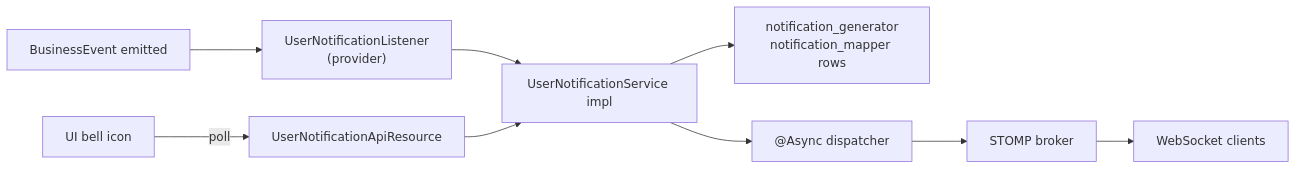
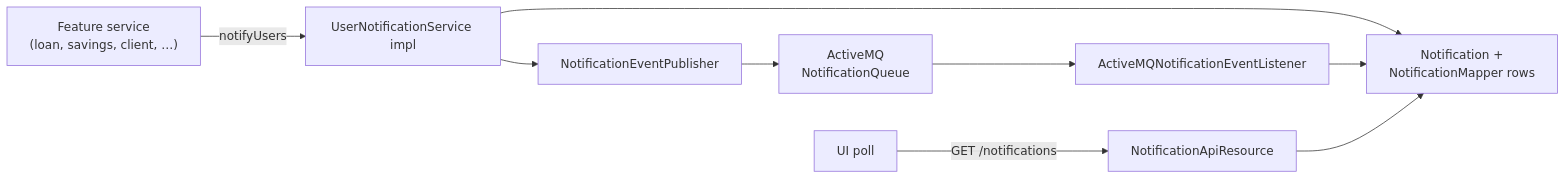
Before and after one commit to mintlify-atlas/docs-wiki-e7c34b87: the first of 2 diagrams in core/notification-data.mdx, drawn with Mermaid. The commit also changed other lines of this file and 203 other files, not shown here.

````diff
--- a/core/notification-data.mdx
+++ b/core/notification-data.mdx
@@ -120,11 +137,20 @@
 ```mermaid
 flowchart LR
-    BE["BusinessEvent emitted"] --> L["UserNotificationListener<br/>(provider)"]
-    L --> NS["UserNotificationService impl"]
-    NS --> DB["notification_generator<br/>notification_mapper rows"]
-    NS --> MQ["@Async dispatcher"]
-    MQ --> STOMP["STOMP broker"]
-    STOMP --> WS["WebSocket clients"]
-    UI["UI bell icon"] -->|poll| API["UserNotificationApiResource"]
-    API --> NS
+    FE["Feature service<br/>(loan, savings, client, …)"]
+    US["UserNotificationService impl"]
+    REPO["Notification +<br/>NotificationMapper rows"]
+    PUB["NotificationEventPublisher"]
+    AMQ["ActiveMQ<br/>NotificationQueue"]
+    LSN["ActiveMQNotificationEventListener"]
+    API["NotificationApiResource"]
+    UI["UI poll"]
+
+    FE -->|notifyUsers| US
+    US --> REPO
+    US --> PUB
+    PUB --> AMQ
+    AMQ --> LSN
+    LSN --> REPO
+    UI -->|GET /notifications| API
+    API --> REPO
 ```
````
